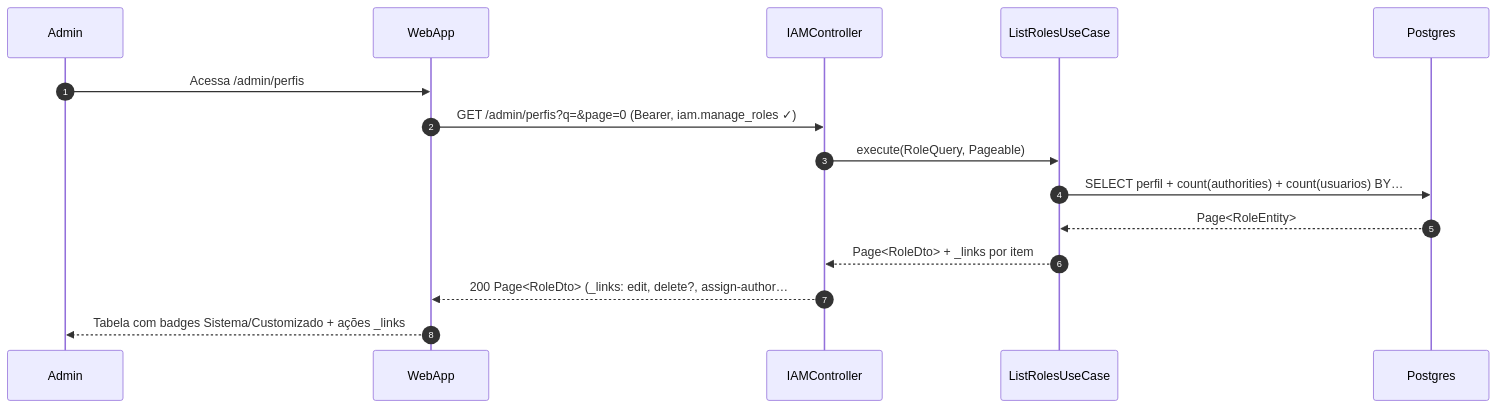
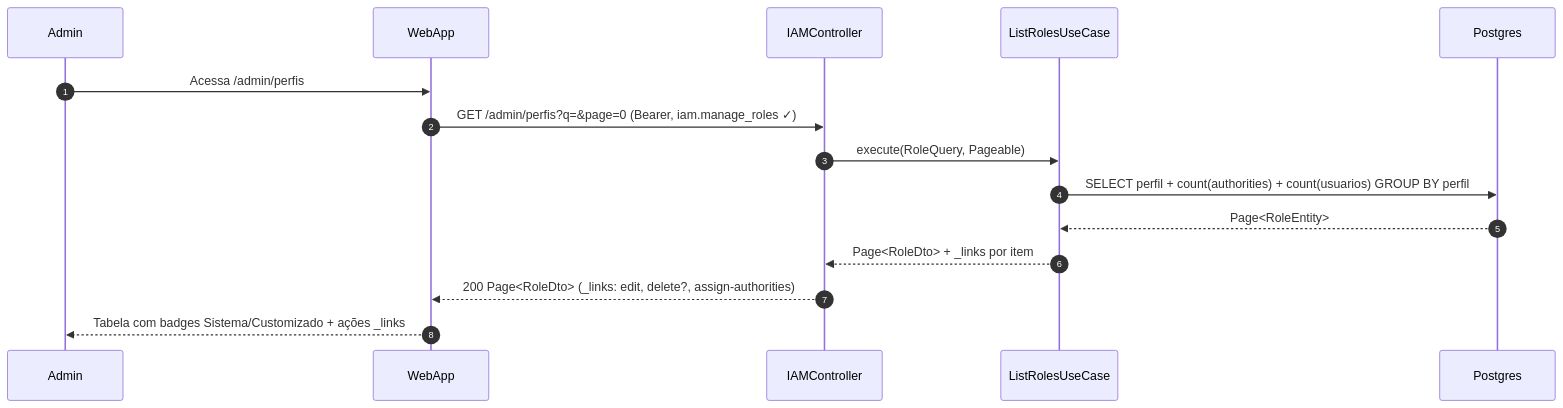
Before and after one commit to umishell/secretariaOnline2: the first of 7 diagrams in foundationDocs/sequenceDiagrams/F7 — Admin/US-F7-002-IAM-PERFIS-AUTORIDADES.md, drawn with Mermaid. The commit also changed other lines of this file and 70 other files, not shown here.

First line of the commit message:
Enhance database documentation and introduce new schema files

````diff
--- a/foundationDocs/sequenceDiagrams/F7 — Admin/US-F7-002-IAM-PERFIS-AUTORIDADES.md
+++ b/foundationDocs/sequenceDiagrams/F7 — Admin/US-F7-002-IAM-PERFIS-AUTORIDADES.md
@@ -55,18 +55,18 @@
 ```mermaid
 sequenceDiagram
     autonumber
     participant Admin
     participant WebApp
     participant IAMController
     participant ListRolesUC as ListRolesUseCase
     participant Postgres
 
     Admin->>WebApp: Acessa /admin/perfis
     WebApp->>IAMController: GET /admin/perfis?q=&page=0 (Bearer, iam.manage_roles ✓)
     IAMController->>ListRolesUC: execute(RoleQuery, Pageable)
-    ListRolesUC->>Postgres: SELECT perfil + count(authorities) + count(usuarios) BY…
+    ListRolesUC->>Postgres: SELECT perfil + count(authorities) + count(usuarios) GROUP BY perfil
     Postgres-->>ListRolesUC: Page<RoleEntity>
     ListRolesUC-->>IAMController: Page<RoleDto> + _links por item
-    IAMController-->>WebApp: 200 Page<RoleDto> (_links: edit, delete?, assign-author…
+    IAMController-->>WebApp: 200 Page<RoleDto> (_links: edit, delete?, assign-authorities)
     WebApp-->>Admin: Tabela com badges Sistema/Customizado + ações _links
 ```
````
